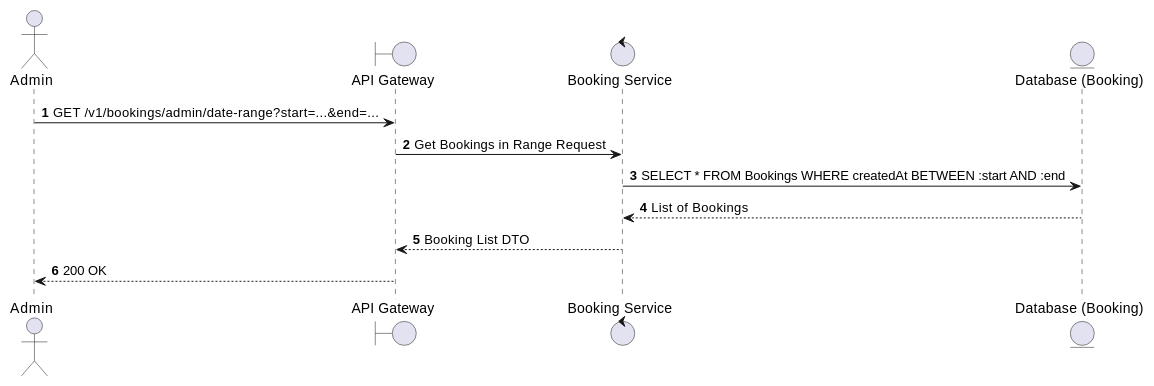
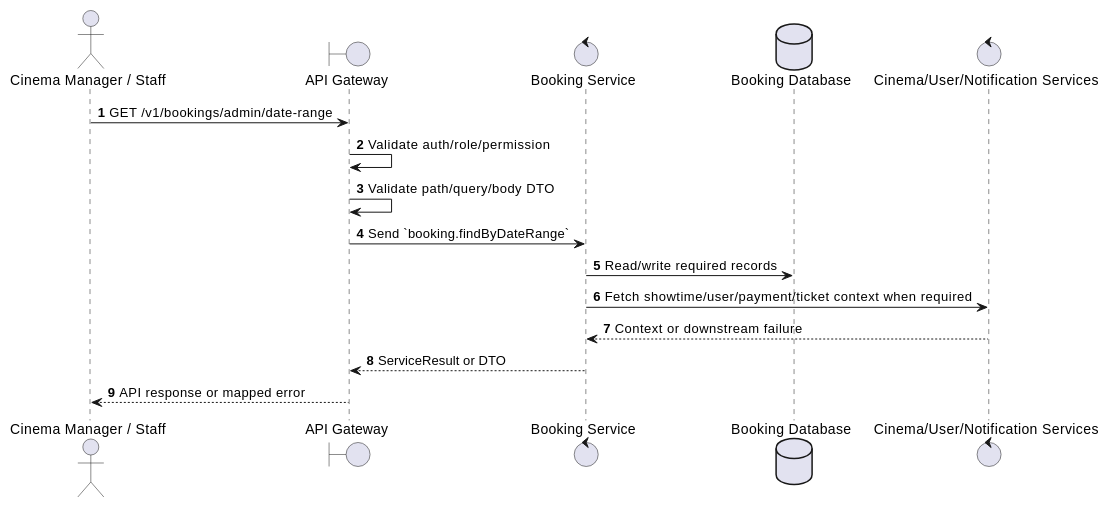
The first of 2 diagrams in docs/functional_specs/3.5.2_Admin_Booking_Operations/BK-A03_Find_Bookings_by_Date_Range.md (Tanh1603/movie-hub-architecture), drawn with PlantUML before and after one commit. The commit also changed other lines of this file and 126 other files, not shown here.

````diff
--- a/docs/functional_specs/3.5.2_Admin_Booking_Operations/BK-A03_Find_Bookings_by_Date_Range.md
+++ b/docs/functional_specs/3.5.2_Admin_Booking_Operations/BK-A03_Find_Bookings_by_Date_Range.md
@@ -17,16 +17,20 @@
 ```plantuml
 @startuml
 autonumber
-actor Admin
+actor "Cinema Manager / Staff" as Actor
 boundary "API Gateway" as GW
-control "Booking Service" as BS
-entity "Database (Booking)" as DB
+control "Booking Service" as SVC
+database "Booking Database" as DB
+control "Cinema/User/Notification Services" as EXT
 
-Admin -> GW: GET /v1/bookings/admin/date-range?start=...&end=...
-GW -> BS: Get Bookings in Range Request
-BS -> DB: SELECT * FROM Bookings WHERE createdAt BETWEEN :start AND :end
-DB --> BS: List of Bookings
-BS --> GW: Booking List DTO
-GW --> Admin: 200 OK
+Actor -> GW: GET /v1/bookings/admin/date-range
+GW -> GW: Validate auth/role/permission
+GW -> GW: Validate path/query/body DTO
+GW -> SVC: Send `booking.findByDateRange`
+SVC -> DB: Read/write required records
+SVC -> EXT: Fetch showtime/user/payment/ticket context when required
+EXT --> SVC: Context or downstream failure
+SVC --> GW: ServiceResult or DTO
+GW --> Actor: API response or mapped error
 @enduml
 ```
````
